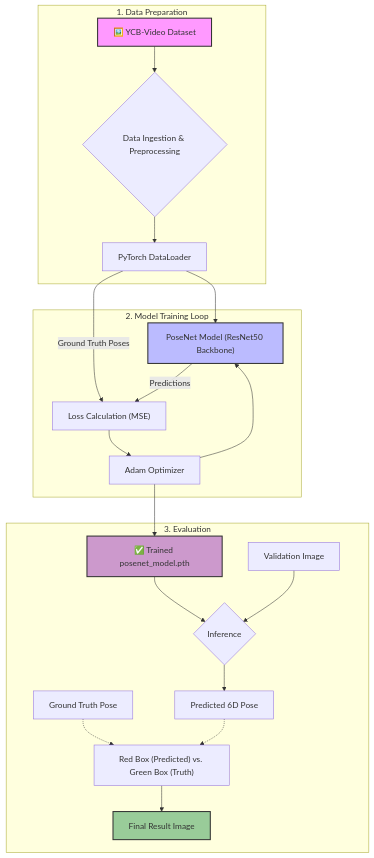
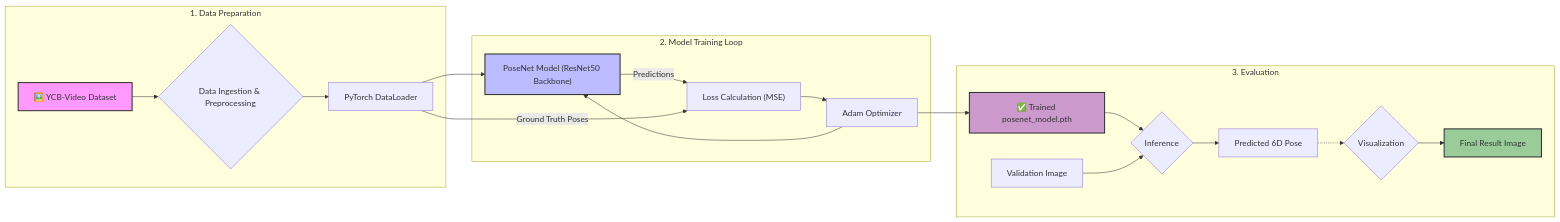
The diagram in README.md (vidyacheekuri/Robotic_Item_Picking), drawn with Mermaid before and after one commit.

````diff
--- a/README.md
+++ b/README.md
@@ -106,31 +106,42 @@
 ```mermaid
-graph TD
+graph LR
     subgraph "1. Data Preparation"
         A["🖼️ YCB-Video Dataset"] --> B{"Data Ingestion & Preprocessing"};
         B --> C["PyTorch DataLoader"];
     end
 
     subgraph "2. Model Training Loop"
-        C --> D["PoseNet Model (ResNet50 Backbone)"];
-        C -- "Ground Truth Poses" --> F["Loss Calculation (MSE)"];
-        D -- "Predictions" --> F;
-        F --> G["Adam Optimizer"];
-        G --> D;
+        D["PoseNet Model (ResNet50 Backbone)"];
+        F["Loss Calculation (MSE)"];
+        G["Adam Optimizer"];
+    end
+    
+    subgraph "3. Evaluation"
+        H["✅ Trained posenet_model.pth"];
+        I{"Inference"};
+        J["Validation Image"];
+        K["Predicted 6D Pose"];
+        M{"Visualization"};
+        N["Final Result Image"];
     end
 
-    subgraph "3. Evaluation"
-        G --> H["✅ Trained posenet_model.pth"];
-        H --> I{"Inference"};
-        J["Validation Image"] --> I;
-        I --> K["Predicted 6D Pose"];
-        L["Ground Truth Pose"] -.-> M{"Visualization"};
-        K -.-> M;
-        M["Red Box (Predicted) vs. Green Box (Truth)"] --> N["Final Result Image"];
-    end
+    %% --- Define the connections to enforce order ---
+    C --> D;
+    D -- "Predictions" --> F;
+    C -- "Ground Truth Poses" --> F;
+    F --> G;
+    G --> D;
+    G --> H;
+    H --> I;
+    J --> I;
+    I --> K;
+    K -.-> M;
+    M --> N;
+
 
     style A fill:#f9f,stroke:#333,stroke-width:2px
     style D fill:#bbf,stroke:#333,stroke-width:2px
     style H fill:#c9c,stroke:#333,stroke-width:2px
     style N fill:#9c9,stroke:#333,stroke-width:2px
 
 ```
````
